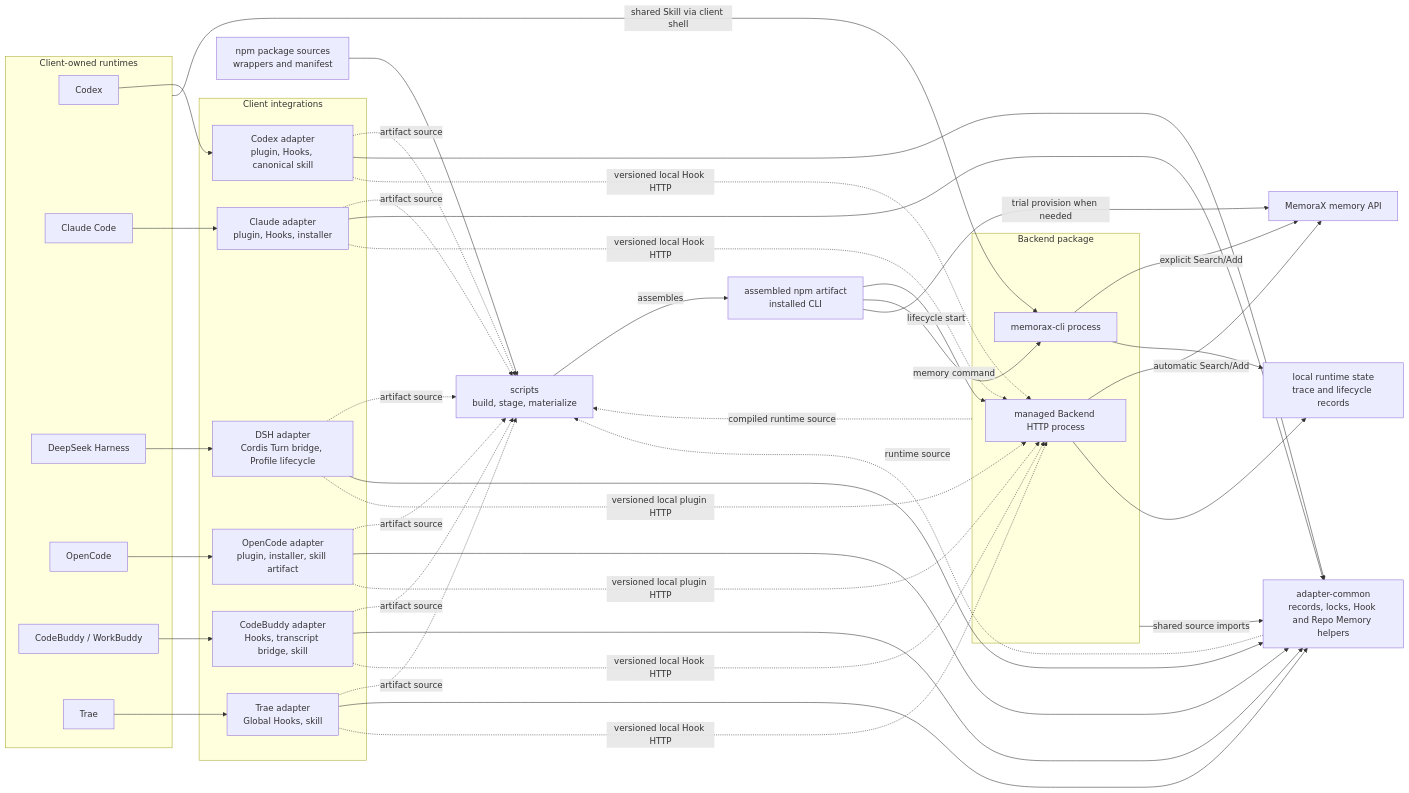
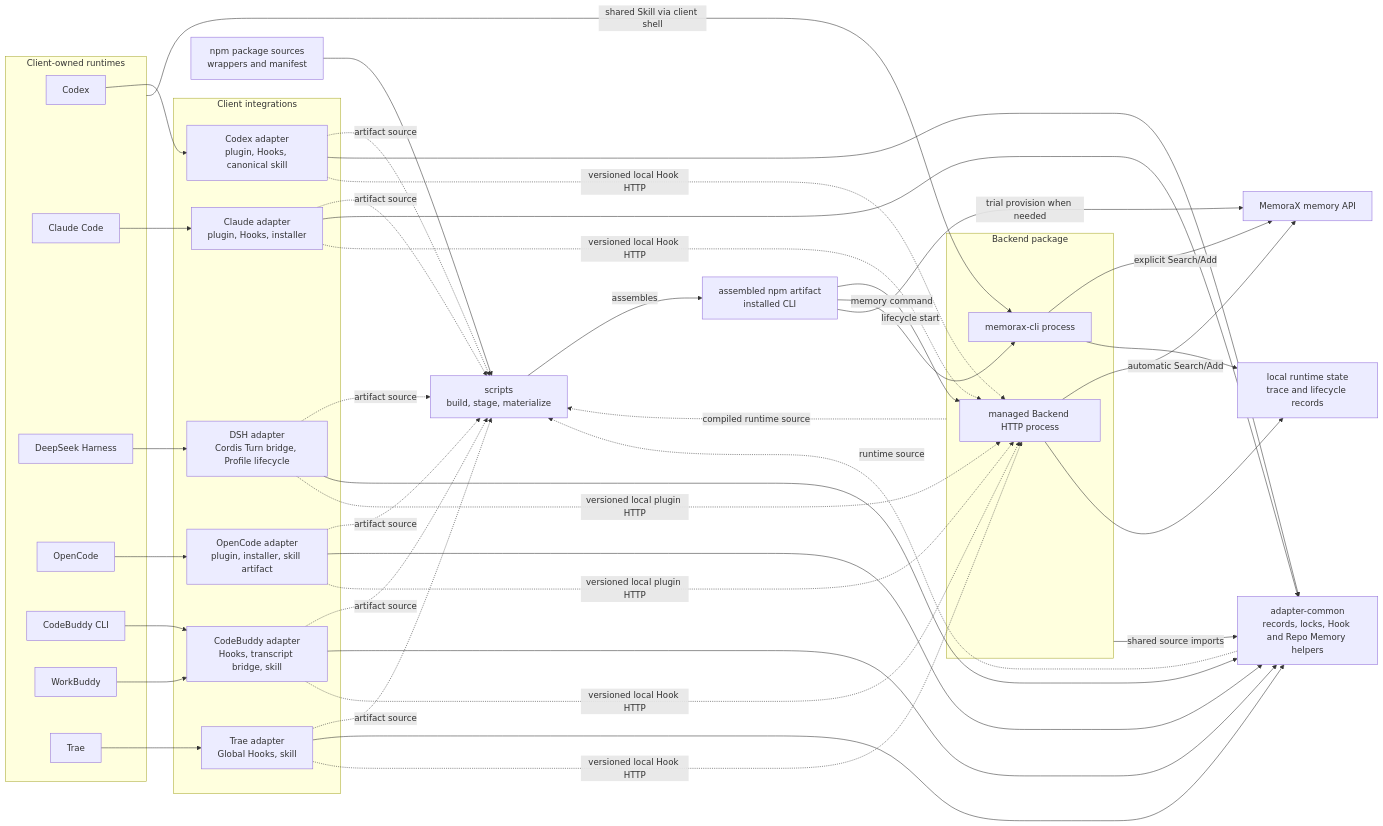
Before and after one commit to SimonEskildse/memorax-code: the first of 7 diagrams in ARCHITECTURE.md, drawn with Mermaid. The commit also changed other lines of this file and 62 other files, not shown here.

Commit message:
fix:(clients) manage CodeBuddy CLI and WorkBuddy independently

````diff
--- a/ARCHITECTURE.md
+++ b/ARCHITECTURE.md
@@ -41,72 +41,74 @@
 ```mermaid
 flowchart LR
   subgraph Clients["Client-owned runtimes"]
     Codex["Codex"]
     Claude["Claude Code"]
     DSH["DeepSeek Harness"]
     OpenCode["OpenCode"]
-    CodeBuddy["CodeBuddy / WorkBuddy"]
+    CodeBuddy["CodeBuddy CLI"]
+    WorkBuddy["WorkBuddy"]
     Trae["Trae"]
   end
 
   subgraph Adapters["Client integrations"]
     CodexAdapter["Codex adapter<br/>plugin, Hooks, canonical skill"]
     ClaudeAdapter["Claude adapter<br/>plugin, Hooks, installer"]
     DshAdapter["DSH adapter<br/>Cordis Turn bridge, Profile lifecycle"]
     OpenCodeAdapter["OpenCode adapter<br/>plugin, installer, skill artifact"]
     CodeBuddyAdapter["CodeBuddy adapter<br/>Hooks, transcript bridge, skill"]
     TraeAdapter["Trae adapter<br/>Global Hooks, skill"]
   end
 
   Common["adapter-common<br/>records, locks, Hook and Repo Memory helpers"]
   subgraph Backend["Backend package"]
     Service["managed Backend HTTP process"]
     MemoryCLI["memorax-cli process"]
   end
   Npm["npm package sources<br/>wrappers and manifest"]
   Build["scripts<br/>build, stage, materialize"]
   Artifact["assembled npm artifact<br/>installed CLI"]
   MemoraX["MemoraX memory API"]
   Local["local runtime state<br/>trace and lifecycle records"]
 
   Npm --> Build
   Backend -. "compiled runtime source" .-> Build
   Common -. "runtime source" .-> Build
   CodexAdapter -. "artifact source" .-> Build
   ClaudeAdapter -. "artifact source" .-> Build
   DshAdapter -. "artifact source" .-> Build
   OpenCodeAdapter -. "artifact source" .-> Build
   CodeBuddyAdapter -. "artifact source" .-> Build
   TraeAdapter -. "artifact source" .-> Build
   Build -->|"assembles"| Artifact
   Artifact -->|"lifecycle start"| Service
   Artifact -->|"memory command"| MemoryCLI
   Artifact -->|"trial provision when needed"| MemoraX
 
   Backend -->|"shared source imports"| Common
   CodexAdapter --> Common
   ClaudeAdapter --> Common
   DshAdapter --> Common
   OpenCodeAdapter --> Common
   CodeBuddyAdapter --> Common
   TraeAdapter --> Common
 
   Codex --> CodexAdapter
   Claude --> ClaudeAdapter
   DSH --> DshAdapter
   OpenCode --> OpenCodeAdapter
   CodeBuddy --> CodeBuddyAdapter
+  WorkBuddy --> CodeBuddyAdapter
   Trae --> TraeAdapter
   CodexAdapter -. "versioned local Hook HTTP" .-> Service
   ClaudeAdapter -. "versioned local Hook HTTP" .-> Service
   DshAdapter -. "versioned local plugin HTTP" .-> Service
   OpenCodeAdapter -. "versioned local plugin HTTP" .-> Service
   CodeBuddyAdapter -. "versioned local Hook HTTP" .-> Service
   TraeAdapter -. "versioned local Hook HTTP" .-> Service
 
   Clients -->|"shared Skill via client shell"| MemoryCLI
   Service -->|"automatic Search/Add"| MemoraX
   MemoryCLI -->|"explicit Search/Add"| MemoraX
   Service --> Local
   MemoryCLI --> Local
 ```
````
